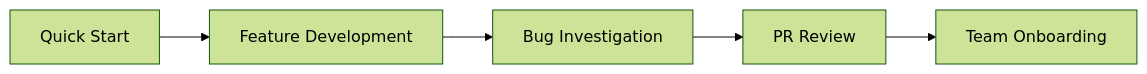
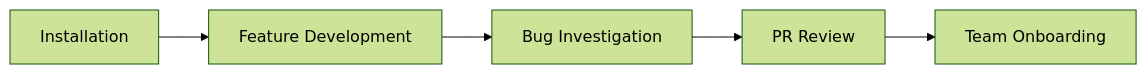
The diagram in docs/guides/index.md (rp1-run/rp1), drawn with Mermaid (forest theme) before and after one commit. The commit also changed other lines of this file and 15 other files, not shown here.

````diff
--- a/docs/guides/index.md
+++ b/docs/guides/index.md
@@ -59,7 +59,7 @@
 ```mermaid
 flowchart LR
-    QS[Quick Start] --> FD[Feature Development]
+    INST[Installation] --> FD[Feature Development]
     FD --> BI[Bug Investigation]
     BI --> PR[PR Review]
     PR --> TO[Team Onboarding]
 ```
````
